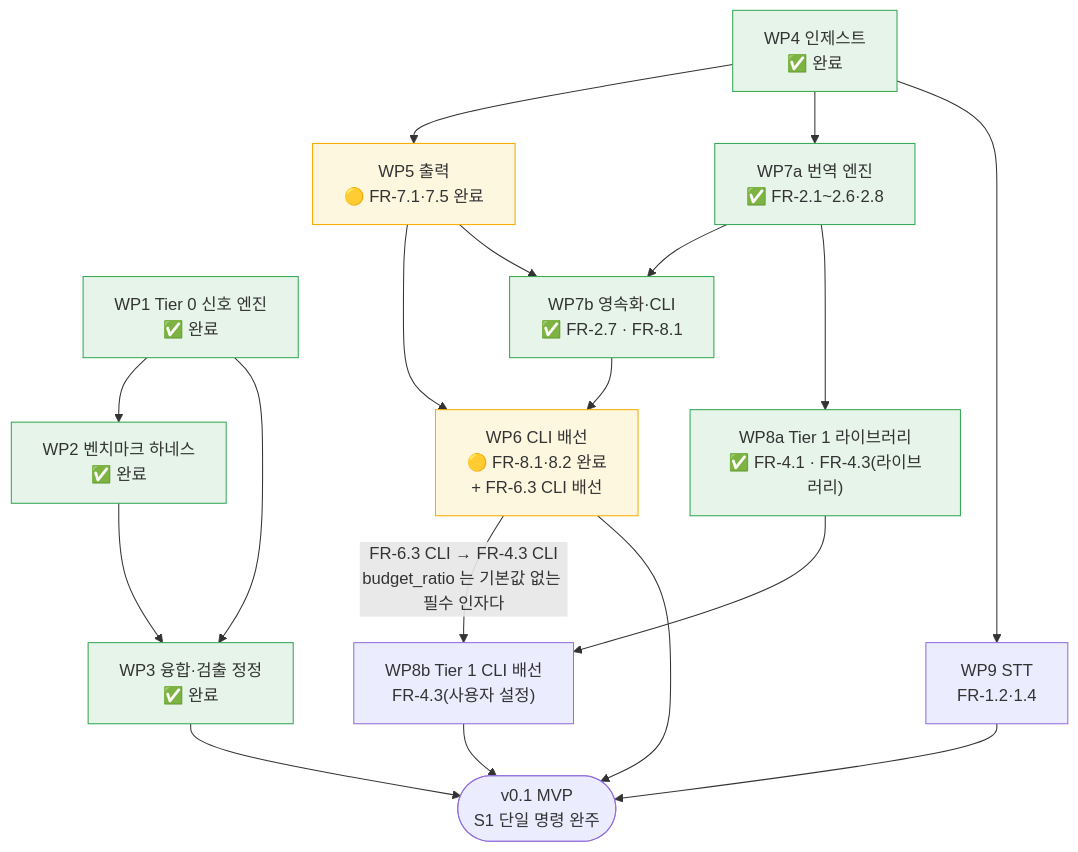
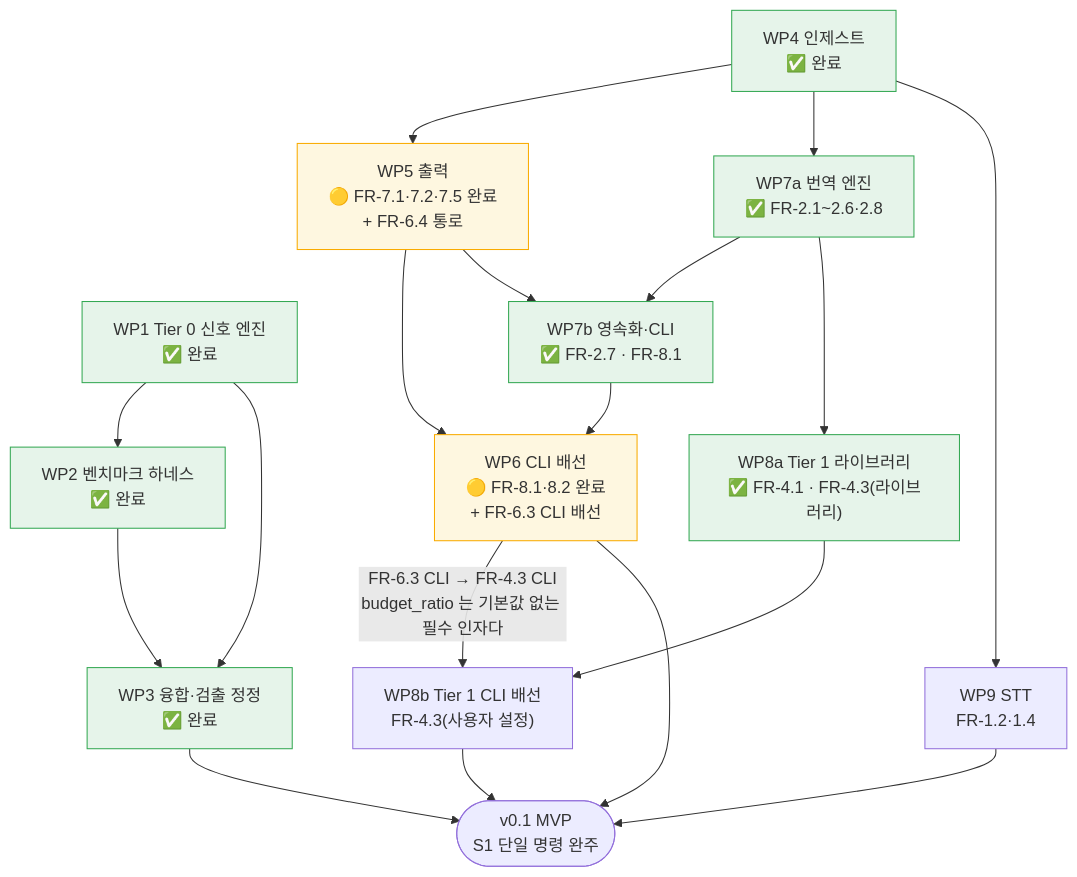
One commit to withwooyong/cuesift changed the diagram in docs/WBS.md. Above: the diagram before and after it, drawn with Mermaid. The commit also changed other lines of this file and 18 other files, not shown here.

````diff
--- a/docs/WBS.md
+++ b/docs/WBS.md
@@ -132,43 +163,43 @@
 ```mermaid
 flowchart TD
     WP1["WP1 Tier 0 신호 엔진<br/>✅ 완료"]
     WP2["WP2 벤치마크 하네스<br/>✅ 완료"]
     WP3["WP3 융합·검출 정정<br/>✅ 완료"]
     WP4["WP4 인제스트<br/>✅ 완료"]
-    WP5["WP5 출력<br/>🟡 FR-7.1·7.5 완료"]
+    WP5["WP5 출력<br/>🟡 FR-7.1·7.2·7.5 완료<br/>+ FR-6.4 통로"]
     WP6["WP6 CLI 배선<br/>🟡 FR-8.1·8.2 완료<br/>+ FR-6.3 CLI 배선"]
     WP7A["WP7a 번역 엔진<br/>✅ FR-2.1~2.6·2.8"]
     WP7B["WP7b 영속화·CLI<br/>✅ FR-2.7 · FR-8.1"]
     WP8A["WP8a Tier 1 라이브러리<br/>✅ FR-4.1 · FR-4.3(라이브러리)"]
     WP8B["WP8b Tier 1 CLI 배선<br/>FR-4.3(사용자 설정)"]
     WP9["WP9 STT<br/>FR-1.2·1.4"]
     V01(["v0.1 MVP<br/>S1 단일 명령 완주"])
 
     WP1 --> WP2
     WP1 --> WP3
     WP2 --> WP3
     WP4 --> WP5
     WP4 --> WP7A
     WP4 --> WP9
     WP5 --> WP6
     WP7A --> WP7B
     WP7A --> WP8A
     WP8A --> WP8B
     WP5 --> WP7B
     WP7B --> WP6
     WP6 -->|"FR-6.3 CLI → FR-4.3 CLI<br/>budget_ratio 는 기본값 없는 필수 인자다"| WP8B
     WP8B --> V01
     WP9 --> V01
     WP6 --> V01
     WP3 --> V01
 
     style WP1 fill:#e6f4ea,stroke:#34a853
     style WP2 fill:#e6f4ea,stroke:#34a853
     style WP3 fill:#e6f4ea,stroke:#34a853
     style WP4 fill:#e6f4ea,stroke:#34a853
     style WP7A fill:#e6f4ea,stroke:#34a853
     style WP7B fill:#e6f4ea,stroke:#34a853
     style WP8A fill:#e6f4ea,stroke:#34a853
     style WP5 fill:#fef7e0,stroke:#f9ab00
     style WP6 fill:#fef7e0,stroke:#f9ab00
 ```
````
